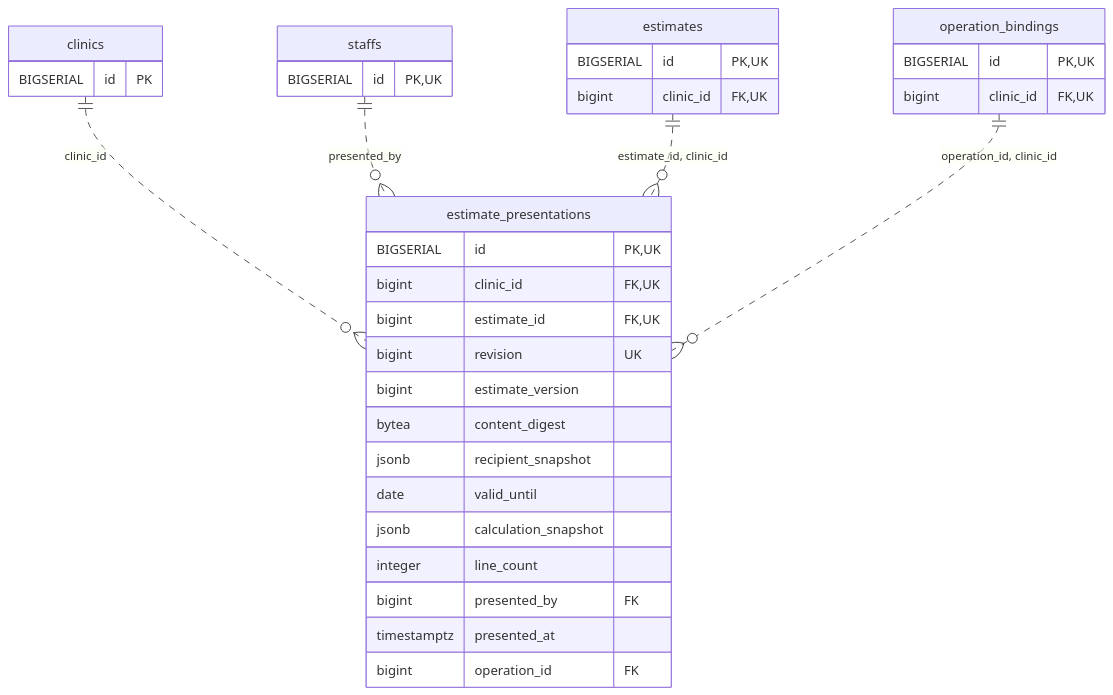
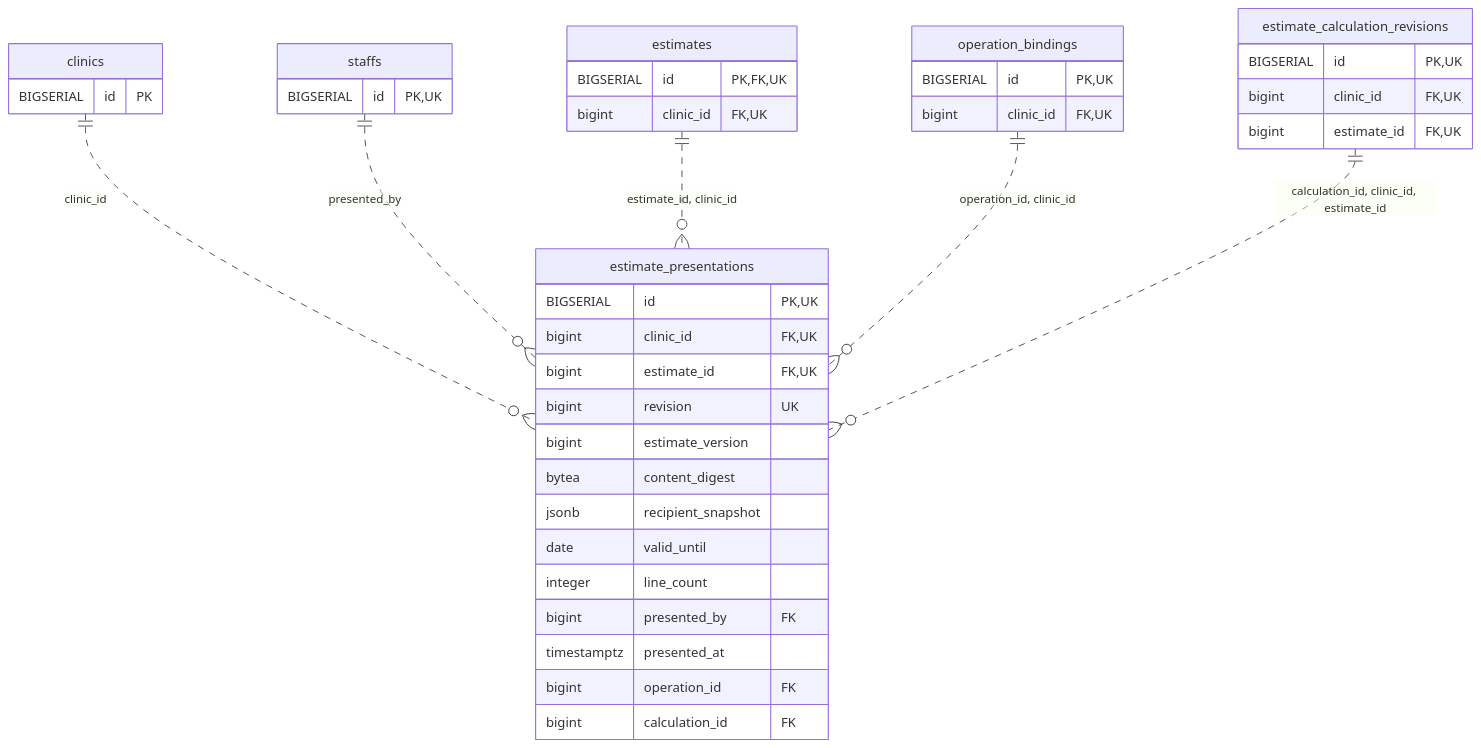
The diagram in docs/architecture/erd-detail/estimate_presentations.md (MinoruSoga/AnimalEkarte), drawn with Mermaid before and after one commit. The commit also changed other lines of this file and 147 other files, not shown here.

````diff
--- a/docs/architecture/erd-detail/estimate_presentations.md
+++ b/docs/architecture/erd-detail/estimate_presentations.md
@@ -36,36 +36,42 @@
 ```mermaid
 erDiagram
     estimate_presentations {
         BIGSERIAL id PK,UK
         bigint clinic_id FK,UK
         bigint estimate_id FK,UK
         bigint revision UK
         bigint estimate_version
         bytea content_digest
         jsonb recipient_snapshot
         date valid_until
-        jsonb calculation_snapshot
         integer line_count
         bigint presented_by FK
         timestamptz presented_at
         bigint operation_id FK
+        bigint calculation_id FK
     }
     clinics {
         BIGSERIAL id PK
     }
+    estimate_calculation_revisions {
+        BIGSERIAL id PK,UK
+        bigint clinic_id FK,UK
+        bigint estimate_id FK,UK
+    }
     estimates {
-        BIGSERIAL id PK,UK
+        BIGSERIAL id PK,FK,UK
         bigint clinic_id FK,UK
     }
     operation_bindings {
         BIGSERIAL id PK,UK
         bigint clinic_id FK,UK
     }
     staffs {
         BIGSERIAL id PK,UK
     }
     clinics ||..o{ estimate_presentations : "clinic_id"
     staffs ||..o{ estimate_presentations : "presented_by"
     estimates ||..o{ estimate_presentations : "estimate_id, clinic_id"
     operation_bindings ||..o{ estimate_presentations : "operation_id, clinic_id"
+    estimate_calculation_revisions ||..o{ estimate_presentations : "calculation_id, clinic_id, estimate_id"
 ```
````
